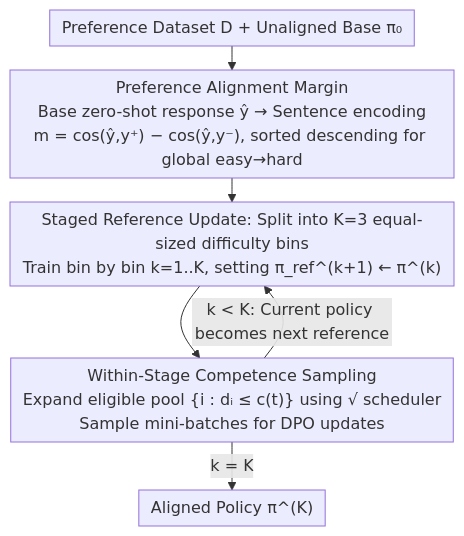
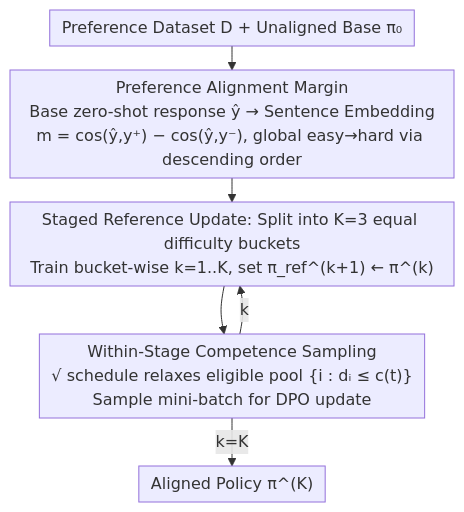
One commit to zhaoyang97/Paper-Notes-en changed the diagram in docs/ICML2026/llm_alignment/curriculum_learning_for_safety_alignment.md. Above: the diagram before and after it, drawn with Mermaid. The commit also changed other lines of this file and 5084 other files, not shown here.

````diff
--- a/docs/ICML2026/llm_alignment/curriculum_learning_for_safety_alignment.md
+++ b/docs/ICML2026/llm_alignment/curriculum_learning_for_safety_alignment.md
@@ -43,9 +43,9 @@
 ```mermaid
 %%{init: {'flowchart': {'rankSpacing': 24, 'nodeSpacing': 28, 'padding': 6, 'wrappingWidth': 420}}}%%
 flowchart TD
-    A["Preference Dataset D + Unaligned Base π₀"] --> B["Preference Alignment Margin<br/>Base zero-shot response ŷ → Sentence encoding<br/>m = cos(ŷ,y⁺) − cos(ŷ,y⁻), sorted descending for global easy→hard"]
-    B --> C["Staged Reference Update: Split into K=3 equal-sized difficulty bins<br/>Train bin by bin k=1..K, setting π_ref^(k+1) ← π^(k)"]
-    C --> D["Within-Stage Competence Sampling<br/>Expand eligible pool {i : dᵢ ≤ c(t)} using √ scheduler<br/>Sample mini-batches for DPO updates"]
-    D -->|k < K: Current policy becomes next reference| C
-    D -->|k = K| E["Aligned Policy π^(K)"]
+    A["Preference Dataset D + Unaligned Base π₀"] --> B["Preference Alignment Margin<br/>Base zero-shot response ŷ → Sentence Embedding<br/>m = cos(ŷ,y⁺) − cos(ŷ,y⁻), global easy→hard via descending order"]
+    B --> C["Staged Reference Update: Split into K=3 equal difficulty buckets<br/>Train bucket-wise k=1..K, set π_ref^(k+1) ← π^(k)"]
+    C --> D["Within-Stage Competence Sampling<br/>√ schedule relaxes eligible pool {i : dᵢ ≤ c(t)}<br/>Sample mini-batch for DPO update"]
+    D -->|k<K: Current policy becomes next reference| C
+    D -->|k=K| E["Aligned Policy π^(K)"]
 ```
````
